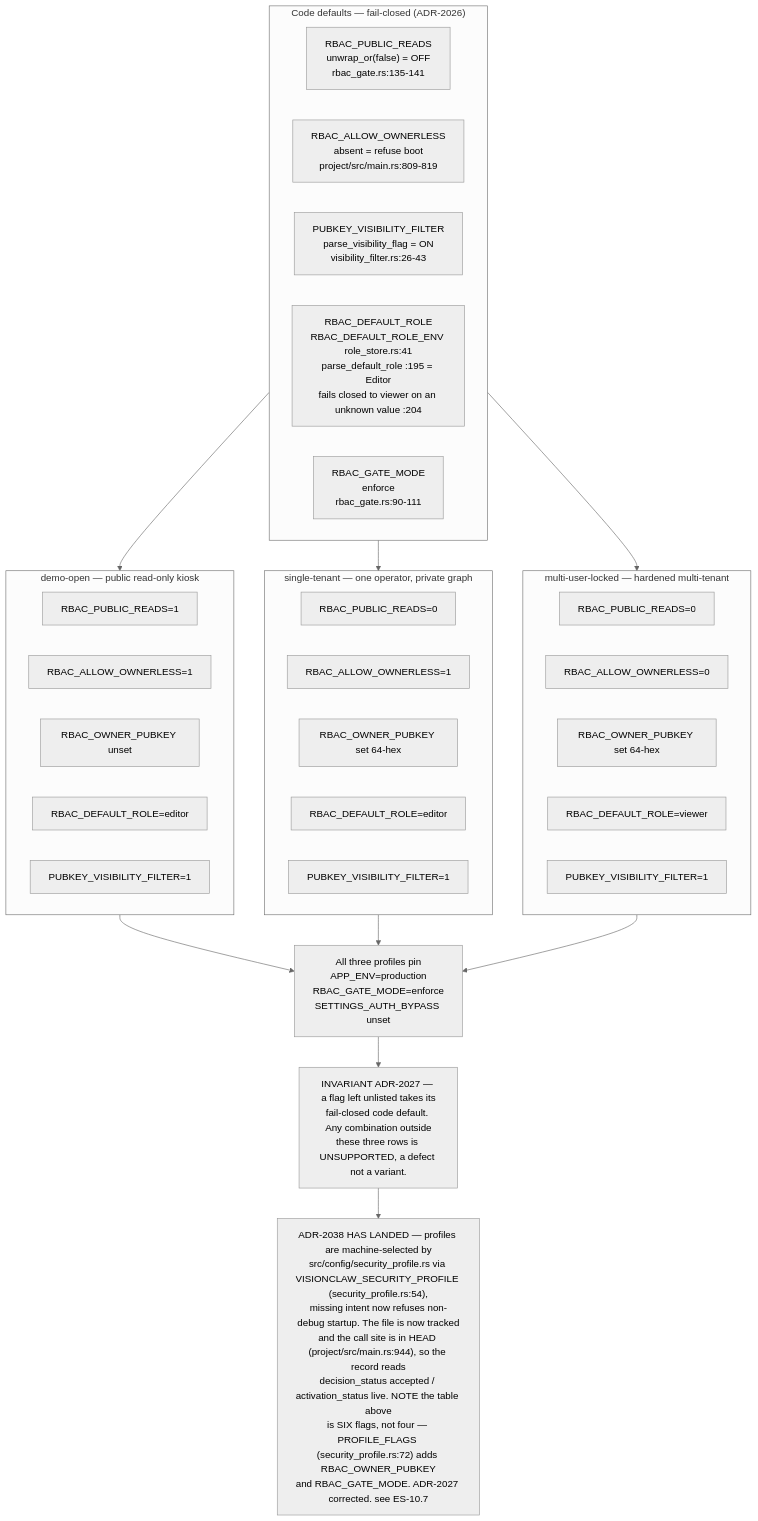
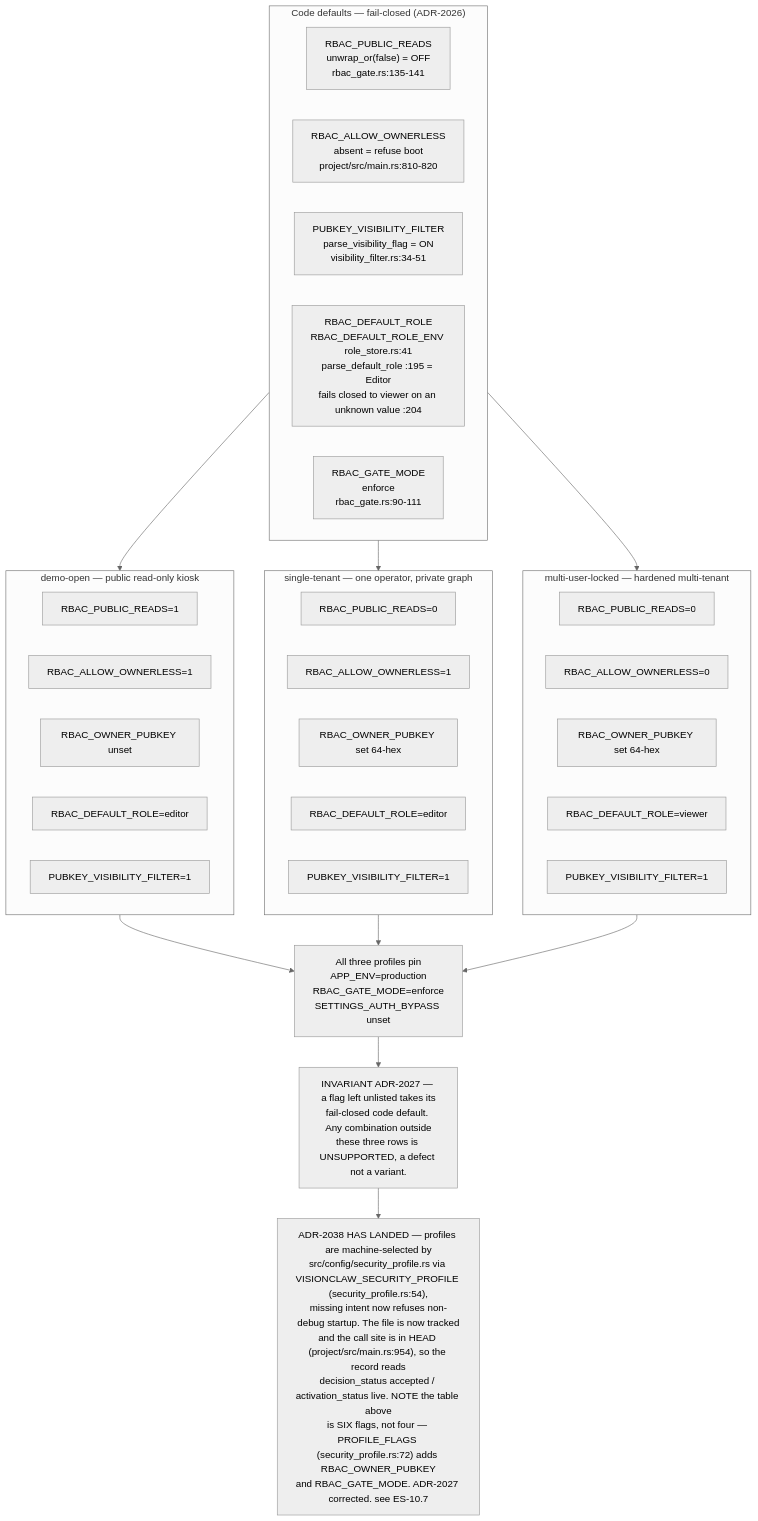
The first of 11 diagrams in docs/diagrams/estate/10-deployment-and-security-profiles.md (DreamLab-AI/VisionFlow), drawn with Mermaid (neutral theme) before and after one commit. The commit also changed other lines of this file and 49 other files, not shown here.

First line of the commit message:
docs(diagrams): re-derive and re-stamp VisionClaw, estate, knowledge-graph, visionGraph, VisionFlow and sidestr topics

````diff
--- a/docs/diagrams/estate/10-deployment-and-security-profiles.md
+++ b/docs/diagrams/estate/10-deployment-and-security-profiles.md
@@ -57,43 +57,43 @@
 ```mermaid
 flowchart TB
     subgraph code["Code defaults — fail-closed (ADR-2026)"]
         CD1["RBAC_PUBLIC_READS<br/>unwrap_or(false) = OFF<br/>rbac_gate.rs:135-141"]
-        CD2["RBAC_ALLOW_OWNERLESS<br/>absent = refuse boot<br/>project/src/main.rs:809-819"]
-        CD3["PUBKEY_VISIBILITY_FILTER<br/>parse_visibility_flag = ON<br/>visibility_filter.rs:26-43"]
+        CD2["RBAC_ALLOW_OWNERLESS<br/>absent = refuse boot<br/>project/src/main.rs:810-820"]
+        CD3["PUBKEY_VISIBILITY_FILTER<br/>parse_visibility_flag = ON<br/>visibility_filter.rs:34-51"]
         CD4["RBAC_DEFAULT_ROLE<br/>RBAC_DEFAULT_ROLE_ENV role_store.rs:41<br/>parse_default_role :195 = Editor<br/>fails closed to viewer on an unknown value :204"]
         CD5["RBAC_GATE_MODE<br/>enforce<br/>rbac_gate.rs:90-111"]
     end
     subgraph demo["demo-open — public read-only kiosk"]
         D1["RBAC_PUBLIC_READS=1"]
         D2["RBAC_ALLOW_OWNERLESS=1"]
         D3["RBAC_OWNER_PUBKEY unset"]
         D4["RBAC_DEFAULT_ROLE=editor"]
         D5["PUBKEY_VISIBILITY_FILTER=1"]
     end
     subgraph single["single-tenant — one operator, private graph"]
         S1["RBAC_PUBLIC_READS=0"]
         S2["RBAC_ALLOW_OWNERLESS=1"]
         S3["RBAC_OWNER_PUBKEY set 64-hex"]
         S4["RBAC_DEFAULT_ROLE=editor"]
         S5["PUBKEY_VISIBILITY_FILTER=1"]
     end
     subgraph locked["multi-user-locked — hardened multi-tenant"]
         L1["RBAC_PUBLIC_READS=0"]
         L2["RBAC_ALLOW_OWNERLESS=0"]
         L3["RBAC_OWNER_PUBKEY set 64-hex"]
         L4["RBAC_DEFAULT_ROLE=viewer"]
         L5["PUBKEY_VISIBILITY_FILTER=1"]
     end
     ALL["All three profiles pin<br/>APP_ENV=production<br/>RBAC_GATE_MODE=enforce<br/>SETTINGS_AUTH_BYPASS unset"]
     INV["INVARIANT ADR-2027 — a flag left unlisted takes its<br/>fail-closed code default. Any combination outside<br/>these three rows is UNSUPPORTED, a defect not a variant."]
-    DRIFT["ADR-2038 HAS LANDED — profiles are machine-selected by<br/>src/config/security_profile.rs via VISIONCLAW_SECURITY_PROFILE (security_profile.rs:54),<br/>missing intent now refuses non-debug startup. The file is now tracked<br/>and the call site is in HEAD (project/src/main.rs:944), so the record reads<br/>decision_status accepted / activation_status live. NOTE the table above<br/>is SIX flags, not four — PROFILE_FLAGS (security_profile.rs:72) adds RBAC_OWNER_PUBKEY<br/>and RBAC_GATE_MODE. ADR-2027 corrected. see ES-10.7"]
+    DRIFT["ADR-2038 HAS LANDED — profiles are machine-selected by<br/>src/config/security_profile.rs via VISIONCLAW_SECURITY_PROFILE (security_profile.rs:54),<br/>missing intent now refuses non-debug startup. The file is now tracked<br/>and the call site is in HEAD (project/src/main.rs:954), so the record reads<br/>decision_status accepted / activation_status live. NOTE the table above<br/>is SIX flags, not four — PROFILE_FLAGS (security_profile.rs:72) adds RBAC_OWNER_PUBKEY<br/>and RBAC_GATE_MODE. ADR-2027 corrected. see ES-10.7"]
 
     code --> demo
     code --> single
     code --> locked
     demo --> ALL
     single --> ALL
     locked --> ALL
     ALL --> INV
     INV --> DRIFT
 ```
````
